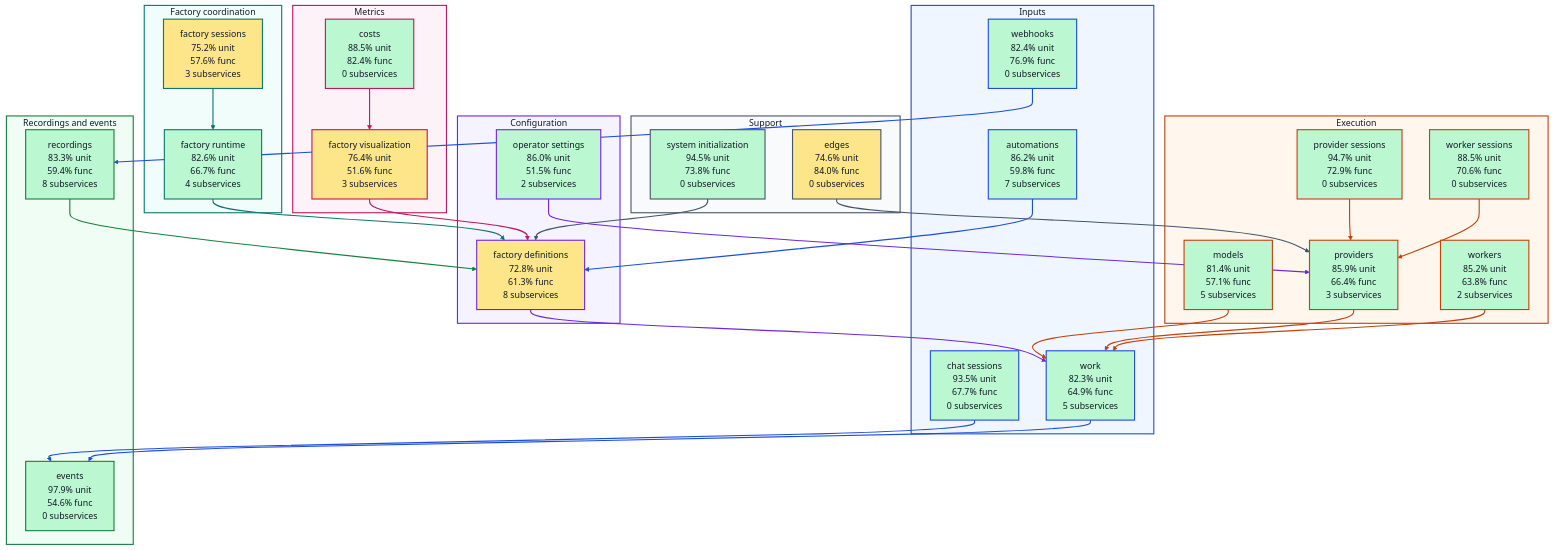
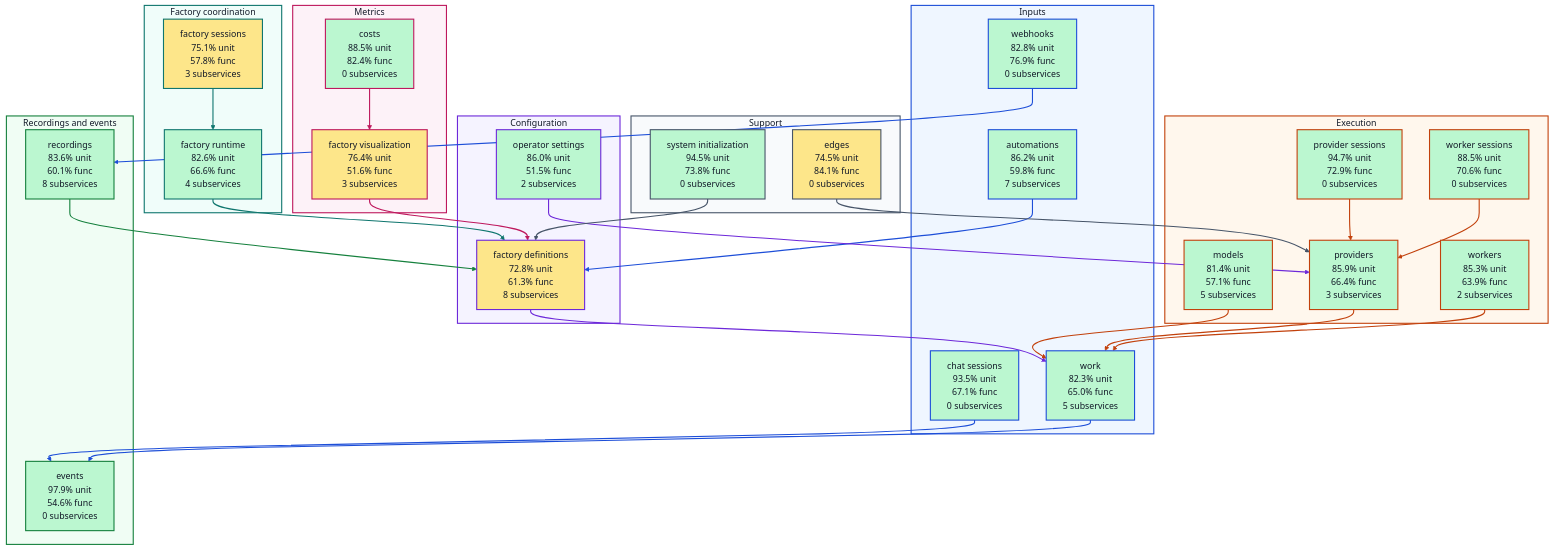
Before and after one commit to portpowered/you-agent-factory: the diagram in docs/architecture/visualizations/high-level-test-coverage.md, drawn with Mermaid. The commit also changed other lines of this file and 20 other files, not shown here.

Commit message:
docs: refresh backend architecture visualizations

```diff
--- a/docs/architecture/visualizations/high-level-test-coverage.md
+++ b/docs/architecture/visualizations/high-level-test-coverage.md
@@ -12,35 +12,35 @@
 flowchart TB
   subgraph input["Inputs"]
     s_services_automations["automations<br/>86.2% unit<br/>59.8% func<br/>7 subservices"]
-    s_services_chat_sessions["chat sessions<br/>93.5% unit<br/>67.7% func<br/>0 subservices"]
-    s_services_webhooks["webhooks<br/>82.4% unit<br/>76.9% func<br/>0 subservices"]
-    s_services_work["work<br/>82.3% unit<br/>64.9% func<br/>5 subservices"]
+    s_services_chat_sessions["chat sessions<br/>93.5% unit<br/>67.1% func<br/>0 subservices"]
+    s_services_webhooks["webhooks<br/>82.8% unit<br/>76.9% func<br/>0 subservices"]
+    s_services_work["work<br/>82.3% unit<br/>65.0% func<br/>5 subservices"]
   end
   subgraph configuration["Configuration"]
     s_services_factory_definitions["factory definitions<br/>72.8% unit<br/>61.3% func<br/>8 subservices"]
     s_services_operator_settings["operator settings<br/>86.0% unit<br/>51.5% func<br/>2 subservices"]
   end
   subgraph coordination["Factory coordination"]
-    s_services_factory_runtime["factory runtime<br/>82.6% unit<br/>66.7% func<br/>4 subservices"]
-    s_services_factory_sessions["factory sessions<br/>75.2% unit<br/>57.6% func<br/>3 subservices"]
+    s_services_factory_runtime["factory runtime<br/>82.6% unit<br/>66.6% func<br/>4 subservices"]
+    s_services_factory_sessions["factory sessions<br/>75.1% unit<br/>57.8% func<br/>3 subservices"]
   end
   subgraph execution["Execution"]
     s_services_models["models<br/>81.4% unit<br/>57.1% func<br/>5 subservices"]
     s_services_provider_sessions["provider sessions<br/>94.7% unit<br/>72.9% func<br/>0 subservices"]
     s_services_providers["providers<br/>85.9% unit<br/>66.4% func<br/>3 subservices"]
     s_services_worker_sessions["worker sessions<br/>88.5% unit<br/>70.6% func<br/>0 subservices"]
-    s_services_workers["workers<br/>85.2% unit<br/>63.8% func<br/>2 subservices"]
+    s_services_workers["workers<br/>85.3% unit<br/>63.9% func<br/>2 subservices"]
   end
   subgraph recordings["Recordings and events"]
     s_services_events["events<br/>97.9% unit<br/>54.6% func<br/>0 subservices"]
-    s_services_recordings["recordings<br/>83.3% unit<br/>59.4% func<br/>8 subservices"]
+    s_services_recordings["recordings<br/>83.6% unit<br/>60.1% func<br/>8 subservices"]
   end
   subgraph metrics["Metrics"]
     s_services_costs["costs<br/>88.5% unit<br/>82.4% func<br/>0 subservices"]
     s_services_factory_visualization["factory visualization<br/>76.4% unit<br/>51.6% func<br/>3 subservices"]
   end
   subgraph support["Support"]
-    s_services_edges["edges<br/>74.6% unit<br/>84.0% func<br/>0 subservices"]
+    s_services_edges["edges<br/>74.5% unit<br/>84.1% func<br/>0 subservices"]
     s_services_system_initialization["system initialization<br/>94.5% unit<br/>73.8% func<br/>0 subservices"]
   end
   s_services_automations --> s_services_factory_definitions
```
